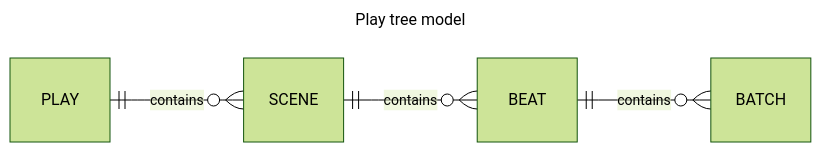
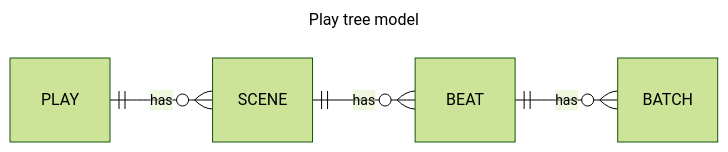
One commit to wgedeon/comfyui_play_traversal changed the diagram in README.md. Above: the diagram before and after it, drawn with Mermaid (forest theme).

Commit message:
finetuning mermaid

````diff
--- a/README.md
+++ b/README.md
@@ -41,11 +41,11 @@
 ```mermaid
 ---
 title: Play tree model
 ---
 erDiagram
     direction LR
 
-    PLAY ||--o{ SCENE : contains
-    SCENE ||--o{ BEAT : contains  
-    BEAT ||--o{ BATCH : contains
+    PLAY ||--o{ SCENE : has
+    SCENE ||--o{ BEAT : has  
+    BEAT ||--o{ BATCH : has
 ```
````
